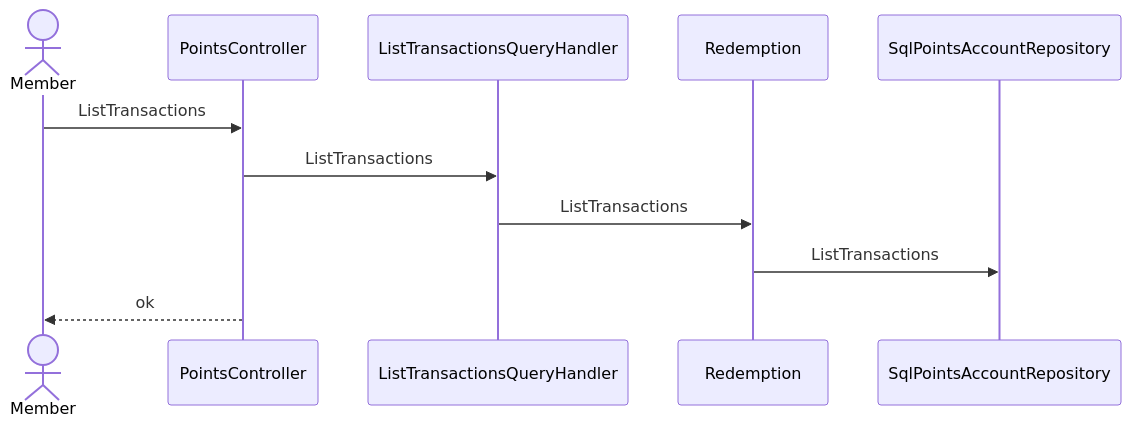
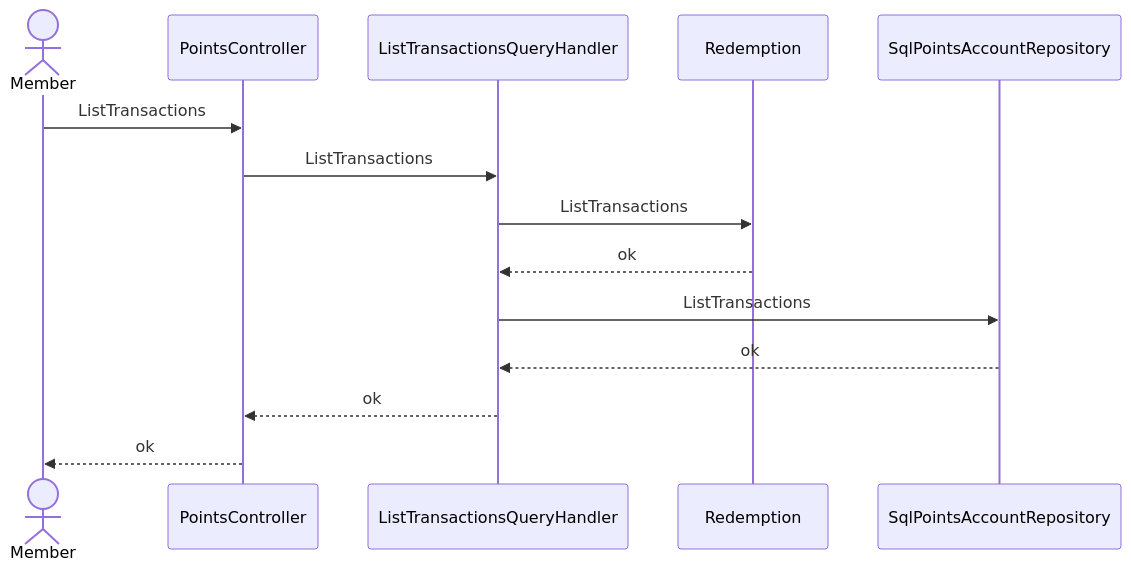
The sixth of 6 diagrams in skills/spec-dev-process/examples/matrix/be-only-zh-s3/specs/rd/points-redemption/spec/30-architecture-c4.md (pin0513/AITools), drawn with Mermaid before and after one commit. The commit also changed other lines of this file and 257 other files, not shown here.

````diff
--- a/skills/spec-dev-process/examples/matrix/be-only-zh-s3/specs/rd/points-redemption/spec/30-architecture-c4.md
+++ b/skills/spec-dev-process/examples/matrix/be-only-zh-s3/specs/rd/points-redemption/spec/30-architecture-c4.md
@@ -108,13 +114,16 @@
 ```mermaid
 sequenceDiagram
   actor U as Member
   participant CMP001 as PointsController
   participant CMP004 as ListTransactionsQueryHandler
   participant CMP005 as Redemption
   participant CMP006 as SqlPointsAccountRepository
   U->>CMP001: ListTransactions
   CMP001->>CMP004: ListTransactions
   CMP004->>CMP005: ListTransactions
-  CMP005->>CMP006: ListTransactions
+  CMP005-->>CMP004: ok
+  CMP004->>CMP006: ListTransactions
+  CMP006-->>CMP004: ok
+  CMP004-->>CMP001: ok
   CMP001-->>U: ok
 ```
````
